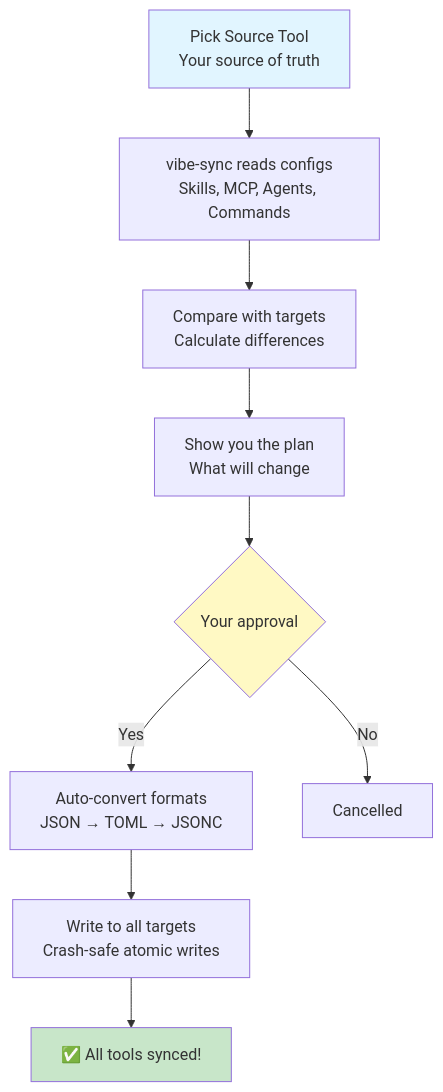
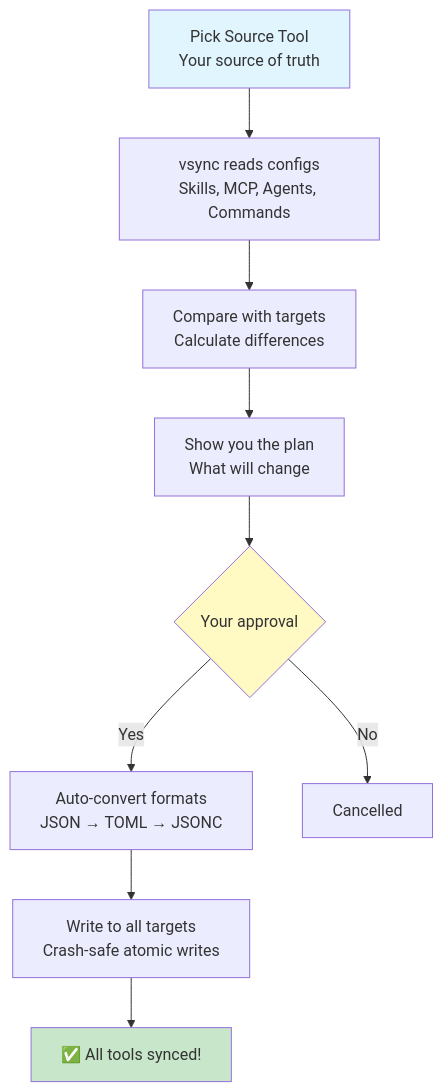
One commit to nicepkg/vsync changed the diagram in README.md. Above: the diagram before and after it, drawn with Mermaid. The commit also changed other lines of this file and 90 other files, not shown here.

Commit message:
refactor: rename vibe-sync to vsync across the project

````diff
--- a/README.md
+++ b/README.md
@@ -72,15 +72,15 @@
 ```mermaid
 flowchart TD
-    A[Pick Source Tool<br/>Your source of truth] --> B[vibe-sync reads configs<br/>Skills, MCP, Agents, Commands]
+    A[Pick Source Tool<br/>Your source of truth] --> B[vsync reads configs<br/>Skills, MCP, Agents, Commands]
     B --> C[Compare with targets<br/>Calculate differences]
     C --> D[Show you the plan<br/>What will change]
     D --> E{Your approval}
     E -->|Yes| F[Auto-convert formats<br/>JSON → TOML → JSONC]
     E -->|No| G[Cancelled]
     F --> H[Write to all targets<br/>Crash-safe atomic writes]
     H --> I[✅ All tools synced!]
 
     style A fill:#e1f5ff
     style I fill:#c8e6c9
     style E fill:#fff9c4
 ```
````
